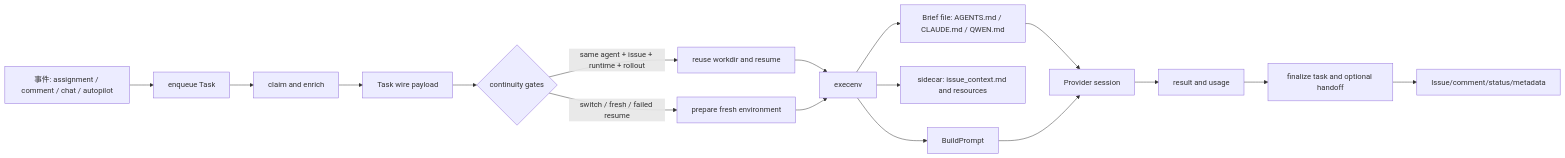
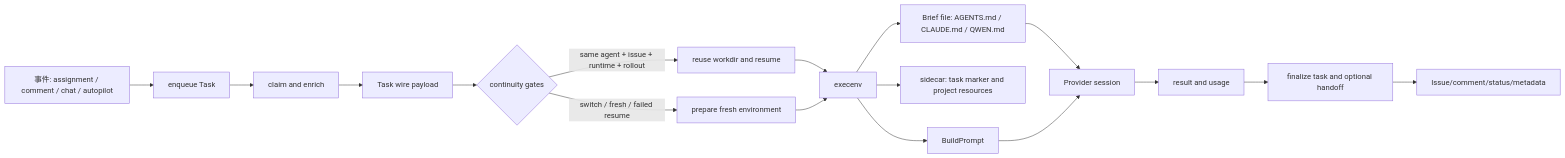
Before and after one commit to Siyue-on-my-way/multica: the diagram in docs/context-management-courseware.md, drawn with Mermaid. The commit also changed other lines of this file and 8 other files, not shown here.

Commit message:
docs(context): retire legacy issue sidecar references

```diff
--- a/docs/context-management-courseware.md
+++ b/docs/context-management-courseware.md
@@ -114,19 +114,19 @@
 ~~~~mermaid
 flowchart LR
   E[事件: assignment / comment / chat / autopilot] --> Q[enqueue Task]
   Q --> C[claim and enrich]
   C --> T[Task wire payload]
   T --> G{continuity gates}
   G -->|same agent + issue + runtime + rollout| R[reuse workdir and resume]
   G -->|switch / fresh / failed resume| F[prepare fresh environment]
   R --> X[execenv]
   F --> X
   X --> B[Brief file: AGENTS.md / CLAUDE.md / QWEN.md]
-  X --> S[sidecar: issue_context.md and resources]
+  X --> S[sidecar: task marker and project resources]
   X --> P[BuildPrompt]
   B --> V[Provider session]
   P --> V
   V --> O[result and usage]
   O --> H[finalize task and optional handoff]
   H --> I[Issue/comment/status/metadata]
 ~~~~
```
